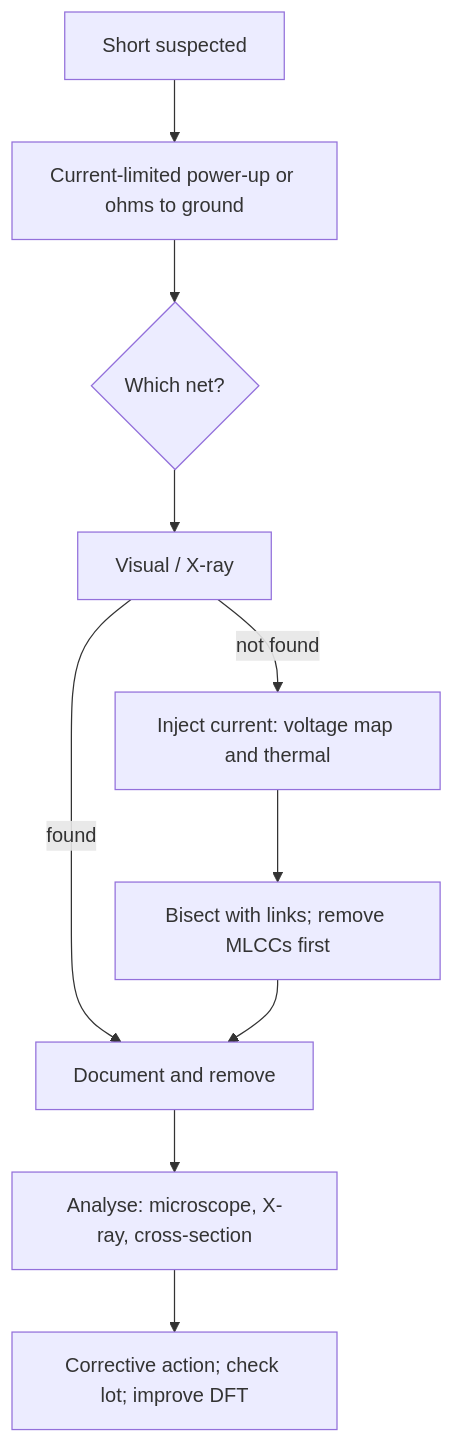
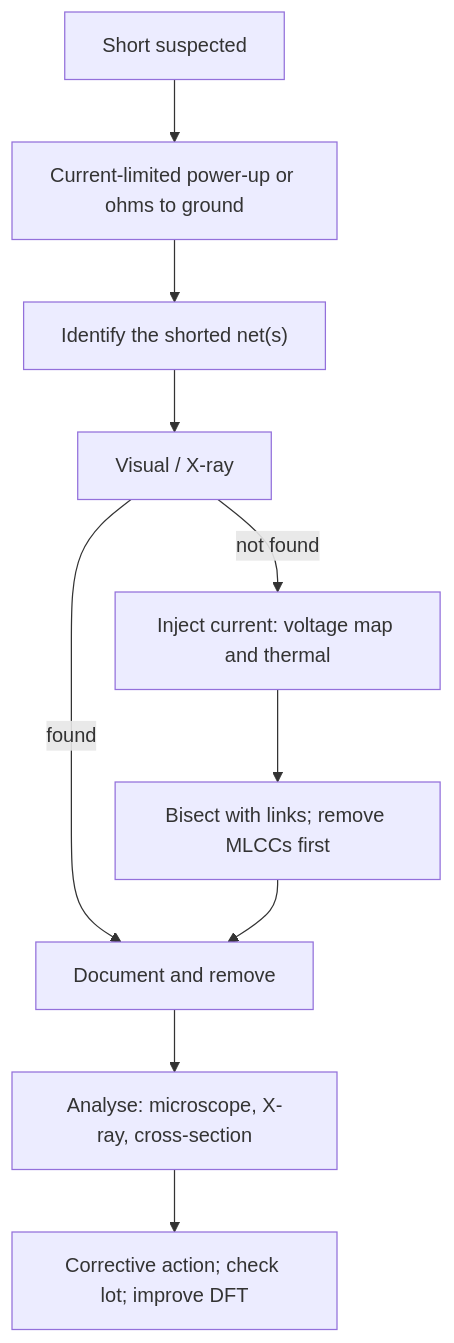
Before and after one commit to atallm7/monty-prep: the diagram in content/questions/q0626.md, drawn with Mermaid. The commit also changed other lines of this file and 69 other files, not shown here.

````diff
--- a/content/questions/q0626.md
+++ b/content/questions/q0626.md
@@ -204,12 +204,12 @@
 ```mermaid
 flowchart TB
   A["Short suspected"] --> B["Current-limited power-up or ohms to ground"]
-  B --> C{"Which net?"}
+  B --> C["Identify the shorted net(s)"]
   C --> D["Visual / X-ray"]
   D -- "found" --> G["Document and remove"]
   D -- "not found" --> E["Inject current: voltage map and thermal"]
   E --> F["Bisect with links; remove MLCCs first"]
   F --> G
   G --> H["Analyse: microscope, X-ray, cross-section"]
   H --> I["Corrective action; check lot; improve DFT"]
 ```
````
